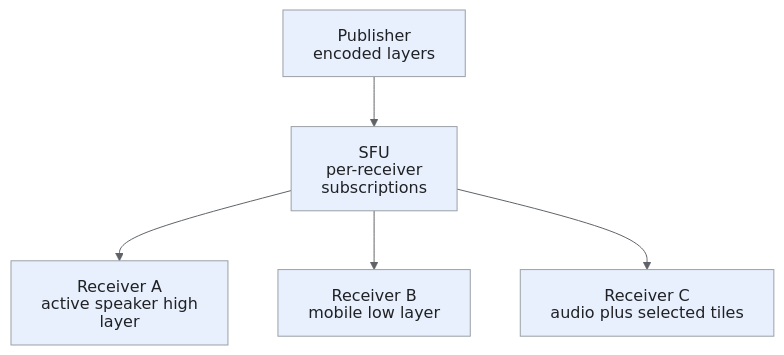
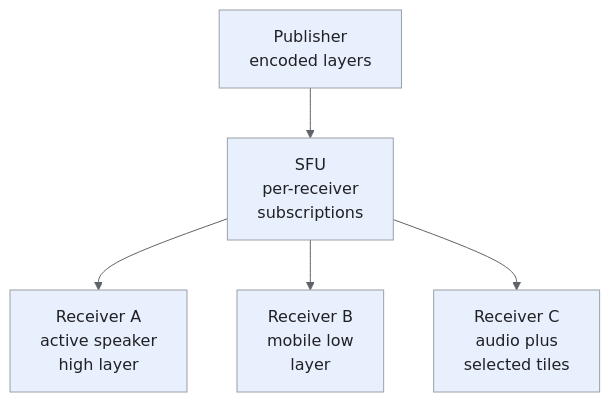
One commit to iliazlobin/iliazlobin.github.io changed the sixth of 10 diagrams in _designs/system-design-video-conferencing-zoom.md. Above: the diagram before and after it, drawn with Mermaid. The commit also changed other lines of this file and 116 other files, not shown here.

````diff
--- a/_designs/system-design-video-conferencing-zoom.md
+++ b/_designs/system-design-video-conferencing-zoom.md
@@ -374,13 +376,13 @@
 ```mermaid
-%%{init: {'theme':'base','htmlLabels':false,'flowchart':{'htmlLabels':false},'themeVariables':{'fontFamily':'Arial, sans-serif','primaryColor':'#e8f0fe','primaryTextColor':'#202124','primaryBorderColor':'#9aa0a6','lineColor':'#5f6368','secondaryColor':'#e6f4ea','tertiaryColor':'#fef7e0','actorBkg':'#e8f0fe','actorBorder':'#9aa0a6','actorTextColor':'#202124','noteBkgColor':'#fef7e0','noteTextColor':'#202124','noteBorderColor':'#9aa0a6','signalColor':'#5f6368','signalTextColor':'#202124','labelBoxBkgColor':'#fef7e0','labelBoxBorderColor':'#9aa0a6'}}}%%
+%%{init: {"theme":"base","themeVariables":{"primaryColor":"#e8f0fe","primaryBorderColor":"#9aa0a6","primaryTextColor":"#202124","secondaryColor":"#e6f4ea","tertiaryColor":"#fef7e0","lineColor":"#5f6368","actorBkg":"#e8f0fe","actorBorder":"#9aa0a6","actorTextColor":"#202124","noteBkgColor":"#fef7e0","noteBorderColor":"#9aa0a6","noteTextColor":"#202124","signalColor":"#5f6368","signalTextColor":"#202124"}}}%%
 flowchart TB
-    P["Publisher<br>encoded layers"] --> S["SFU<br>per-receiver subscriptions"]
-    S --> A["Receiver A<br>active speaker high layer"]
-    S --> B["Receiver B<br>mobile low layer"]
-    S --> C["Receiver C<br>audio plus selected tiles"]
+    P["Publisher<br>encoded layers"] --> S["SFU<br>per-receiver<br>subscriptions"]
+    S --> A["Receiver A<br>active speaker<br>high layer"]
+    S --> B["Receiver B<br>mobile low<br>layer"]
+    S --> C["Receiver C<br>audio plus<br>selected tiles"]
 classDef request fill:#e8f0fe,stroke:#9aa0a6,color:#202124;
 classDef data fill:#e6f4ea,stroke:#9aa0a6,color:#202124;
 classDef control fill:#fef7e0,stroke:#9aa0a6,color:#202124;
 class P,S,A,B,C request;
 
 ```
````
